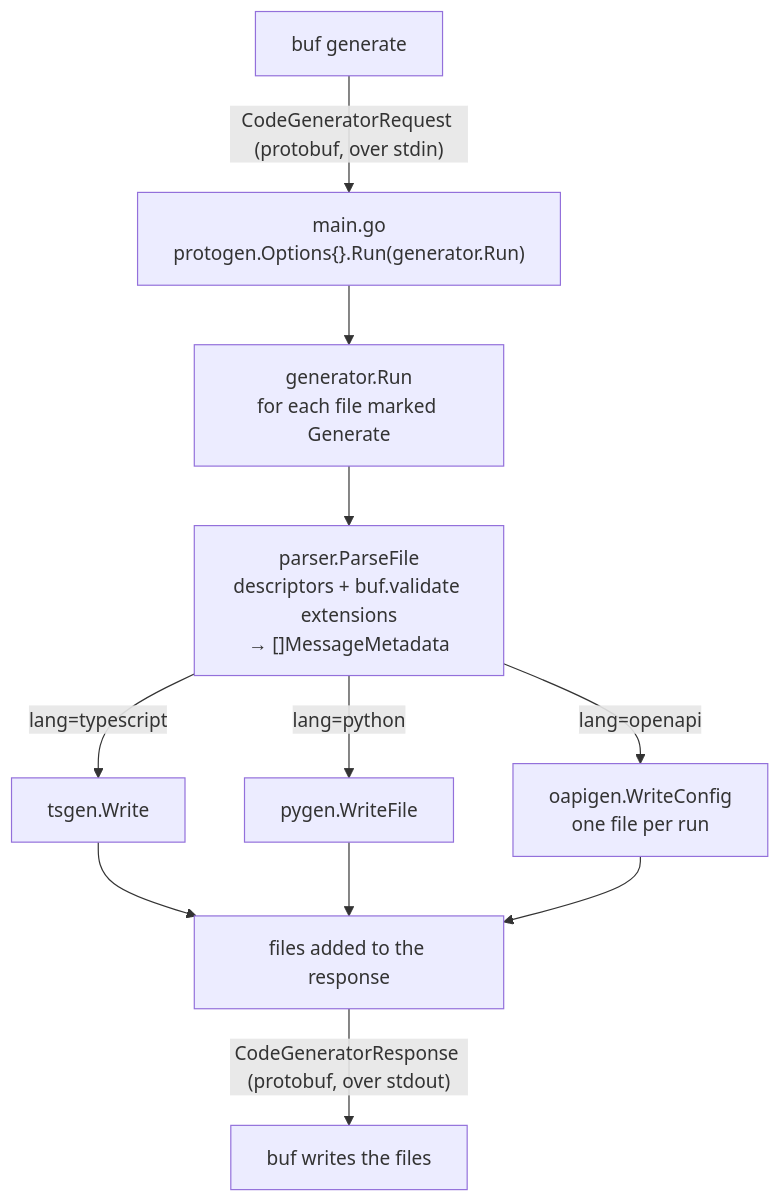
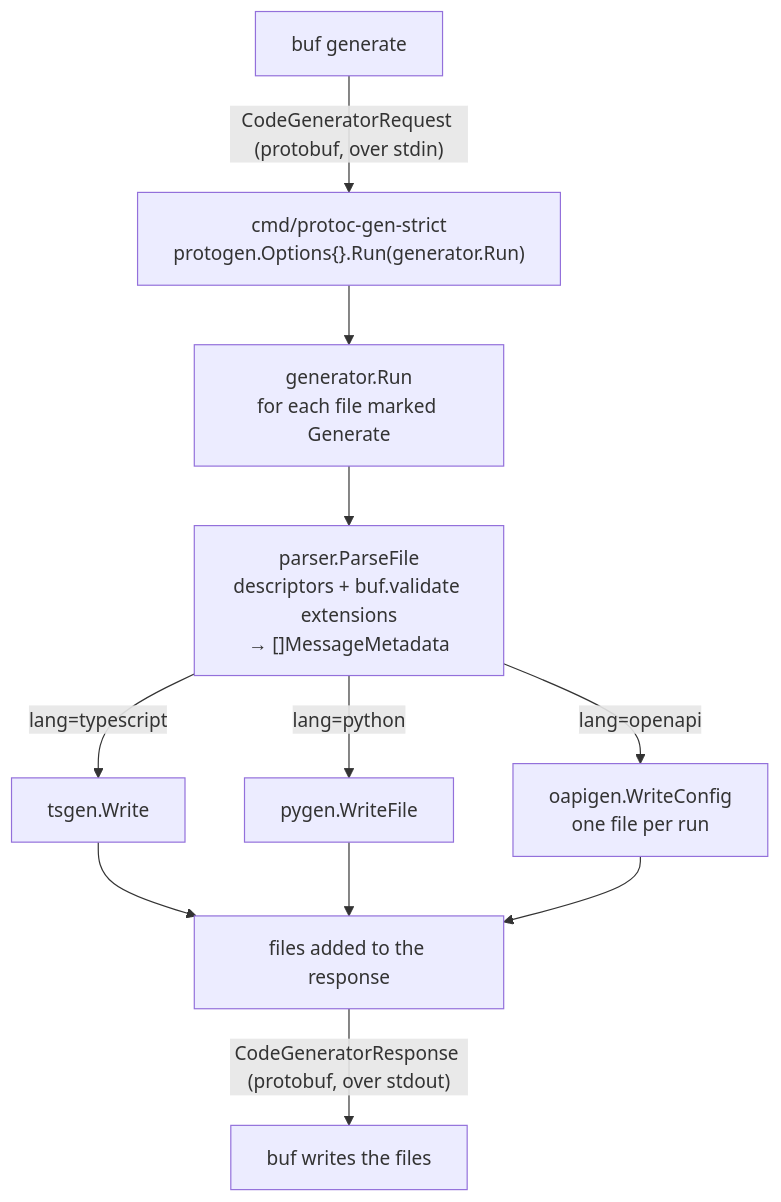
The diagram in docs/internals.md (d0whc3r/protoc-gen-strict), drawn with Mermaid before and after one commit. The commit also changed 13 other files, not shown here.

````diff
--- a/docs/internals.md
+++ b/docs/internals.md
@@ -7,23 +7,23 @@
 ```mermaid
 flowchart TD
     buf["buf generate"]
-    main["main.go<br>protogen.Options{}.Run(generator.Run)"]
+    main["cmd/protoc-gen-strict<br>protogen.Options{}.Run(generator.Run)"]
     run["generator.Run<br>for each file marked Generate"]
     parse["parser.ParseFile<br>descriptors + buf.validate extensions<br>→ []MessageMetadata"]
     ts["tsgen.Write"]
     py["pygen.WriteFile"]
     api["oapigen.WriteConfig<br>one file per run"]
     resp["files added to the response"]
     out["buf writes the files"]
 
     buf -->|"CodeGeneratorRequest (protobuf, over stdin)"| main
     main --> run
     run --> parse
     parse -->|"lang=typescript"| ts
     parse -->|"lang=python"| py
     parse -->|"lang=openapi"| api
     ts --> resp
     py --> resp
     api --> resp
     resp -->|"CodeGeneratorResponse (protobuf, over stdout)"| out
 ```
````
